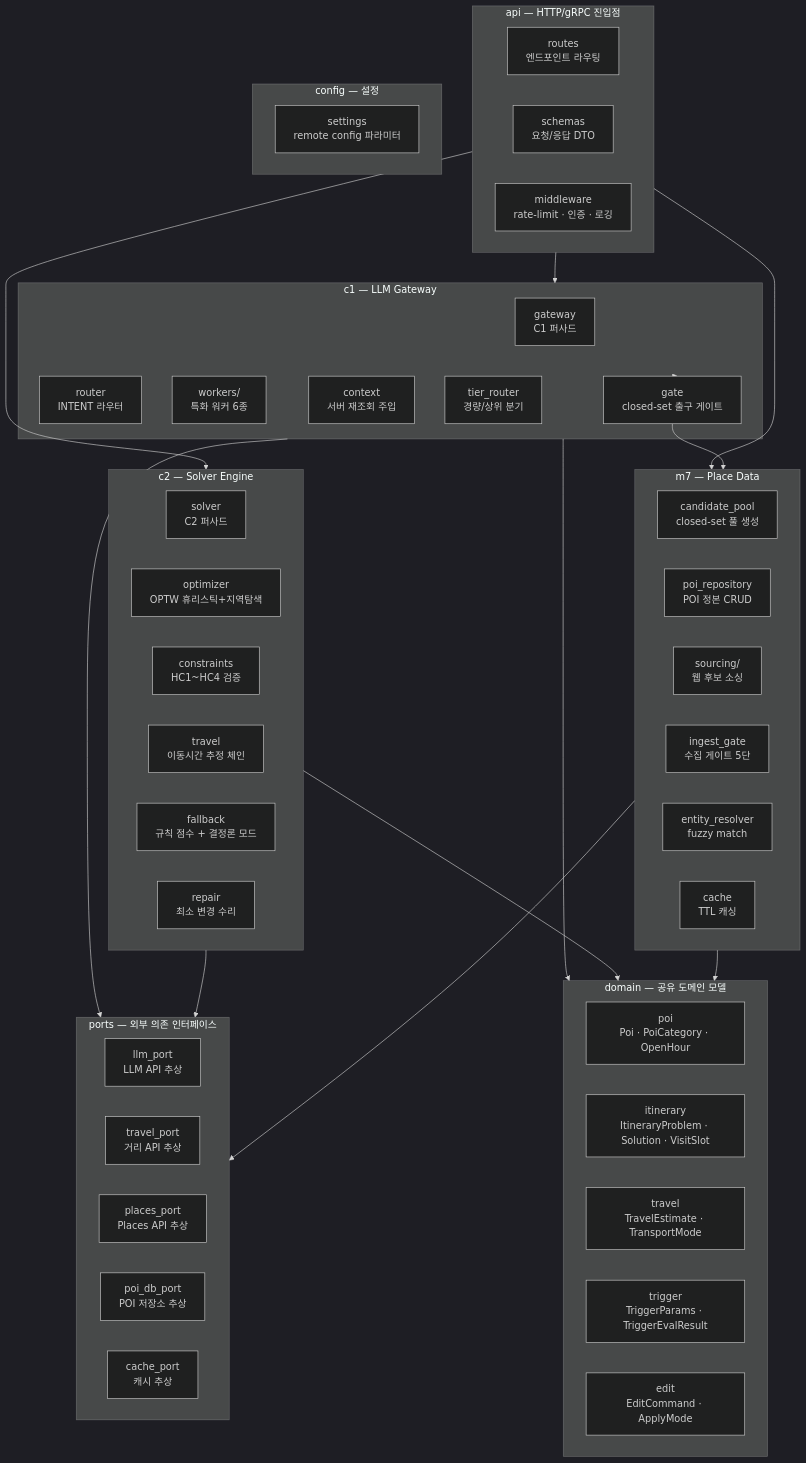
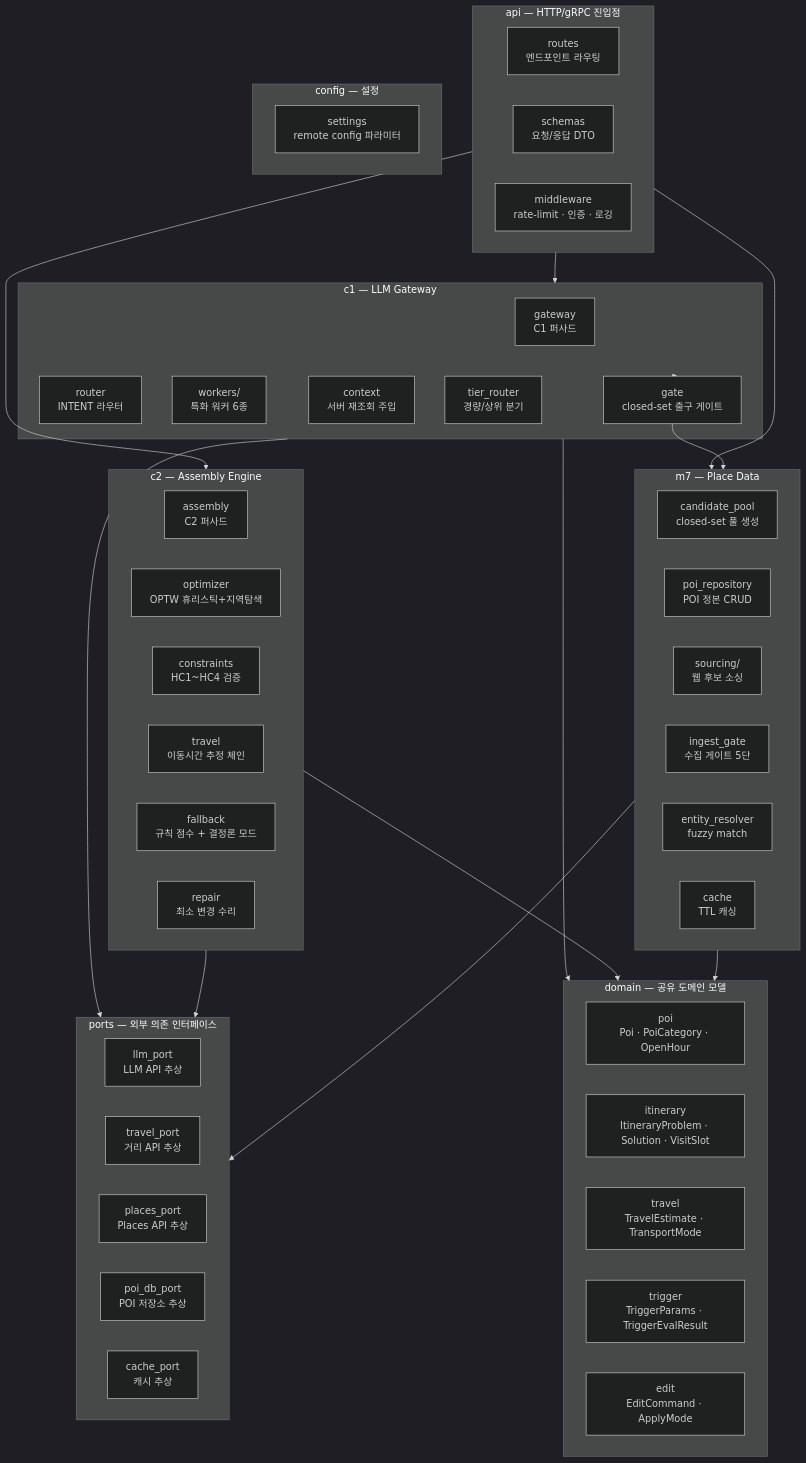
Before and after one commit to ASM-TripPilot/trippilot: the diagram in ai/aidlc-docs/inception/application-design/components.md, drawn with Mermaid (dark theme). The commit also changed other lines of this file and 148 other files, not shown here.

````diff
--- a/ai/aidlc-docs/inception/application-design/components.md
+++ b/ai/aidlc-docs/inception/application-design/components.md
@@ -10,67 +10,67 @@
 ```mermaid
 flowchart TD
     subgraph API["api — HTTP/gRPC 진입점"]
         ROUTES["routes\n엔드포인트 라우팅"]
         SCHEMAS["schemas\n요청/응답 DTO"]
         MIDDLEWARE["middleware\nrate-limit · 인증 · 로깅"]
     end
 
     subgraph C1["c1 — LLM Gateway"]
         GW["gateway\nC1 퍼사드"]
         ROUTER["router\nINTENT 라우터"]
         WORKERS["workers/\n특화 워커 6종"]
         GATE["gate\nclosed-set 출구 게이트"]
         CTX["context\n서버 재조회 주입"]
         TIER["tier_router\n경량/상위 분기"]
     end
 
-    subgraph C2["c2 — Solver Engine"]
-        SOLVER["solver\nC2 퍼사드"]
+    subgraph C2["c2 — Assembly Engine"]
+        ASSEMBLY["assembly\nC2 퍼사드"]
         OPT["optimizer\nOPTW 휴리스틱+지역탐색"]
         CONST["constraints\nHC1~HC4 검증"]
         TRAVEL["travel\n이동시간 추정 체인"]
         FALLBACK["fallback\n규칙 점수 + 결정론 모드"]
         REPAIR_MOD["repair\n최소 변경 수리"]
     end
 
     subgraph M7["m7 — Place Data"]
         POOL["candidate_pool\nclosed-set 풀 생성"]
         REPO["poi_repository\nPOI 정본 CRUD"]
         SOURCING["sourcing/\n웹 후보 소싱"]
         INGEST["ingest_gate\n수집 게이트 5단"]
         ENTITY["entity_resolver\nfuzzy match"]
         CACHE_MOD["cache\nTTL 캐싱"]
     end
 
     subgraph DOMAIN["domain — 공유 도메인 모델"]
         POI_M["poi\nPoi · PoiCategory · OpenHour"]
         ITIN_M["itinerary\nItineraryProblem · Solution · VisitSlot"]
         TRAVEL_M["travel\nTravelEstimate · TransportMode"]
         TRIGGER_M["trigger\nTriggerParams · TriggerEvalResult"]
         EDIT_M["edit\nEditCommand · ApplyMode"]
     end
 
     subgraph PORTS["ports — 외부 의존 인터페이스"]
         LLM_P["llm_port\nLLM API 추상"]
         TRAVEL_P["travel_port\n거리 API 추상"]
         PLACES_P["places_port\nPlaces API 추상"]
         POI_DB_P["poi_db_port\nPOI 저장소 추상"]
         CACHE_P["cache_port\n캐시 추상"]
     end
 
     subgraph CONFIG["config — 설정"]
         SETTINGS["settings\nremote config 파라미터"]
     end
 
     API --> C1
     API --> C2
     API --> M7
     C1 --> GATE
     GATE --> M7
     C1 --> PORTS
     C2 --> PORTS
     M7 --> PORTS
     C1 --> DOMAIN
     C2 --> DOMAIN
     M7 --> DOMAIN
 ```
````
